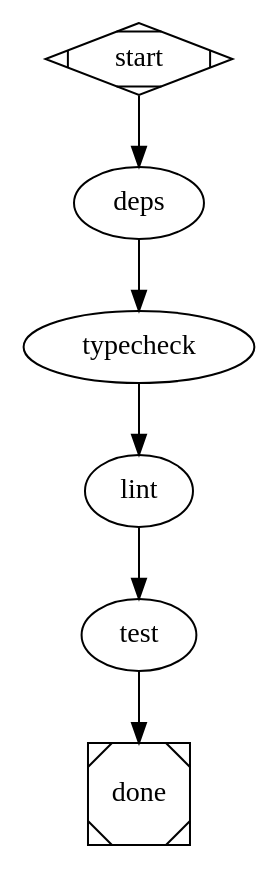
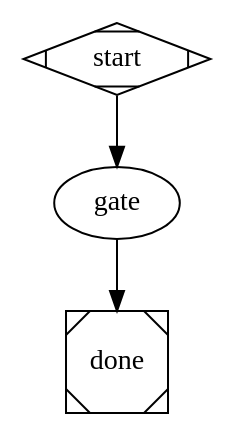
Before and after one commit to allouis/attractor: the diagram in pipelines/checks/pipeline.dot, drawn with Graphviz. The commit also changed 2 other files, not shown here.

Commit message:
refactor(pipelines): all model selection via stylesheet; checks wraps checks-core
- review-core: drop the inline codex/gpt pin on the correctness lens; it now
  carries a `correctness` class and the model comes from the stylesheet
  (.correctness in models.css), so ALL model/provider selection is external.
- checks: becomes a thin wrapper over the checks-core subgraph, so the four
  check commands live in exactly one place.
- models.css: target .correctness by class (portable across pipelines)
  rather than an inlined #id.

```diff
--- a/pipelines/checks/pipeline.dot
+++ b/pipelines/checks/pipeline.dot
@@ -1,36 +1,35 @@
 // checks — run the repo's deterministic checks and exit. No LLM nodes, no
 // gates: the implement pipeline's static-check chain (deps → typecheck →
 // lint → test) lifted out on its own, for proving a repo's configured
 // checks pass in a given execution environment (e.g. a VM runner) without
 // involving an agent.
 //
 // Commands come from the repo's checks config, seeded into the run context
 // as -var check.<name>=… on the CLI (a no-op echo when unconfigured).
 // A failing check has no fail edge and no agent to route back to, so the
 // run fails with that check's output — which is the diagnostic signal this
 // pipeline exists to produce.
 //
 //   POST /workflows/checks/run {"repo":"TryGhost/Ghost"}
 digraph checks {
     // D1: transient backend failures (429/5xx, stalls, network) retry
     // with backoff instead of killing the run.
     default_max_retries = 2
     goal = "Run the deterministic checks for $context.repo"
     vars = "repo"
     max_node_visits = 1
 
     start [shape=Mdiamond]
 
-    deps      [type="tool", timeout="20m", tool_command="$context.check.deps"]
-    typecheck [type="tool", timeout="20m", tool_command="$context.check.typecheck"]
-    lint      [type="tool", timeout="20m", tool_command="$context.check.lint"]
-    test      [type="tool", timeout="40m", tool_command="$context.check.test"]
+    // The shared checks-core chain (deps → typecheck → lint → test). It
+    // early-exits and reports outcome=fail on the first failing check; the
+    // unconditional `gate -> done` then has no eligible edge for a failure,
+    // so the run fails with that check's output — the signal this pipeline
+    // exists to produce.
+    gate [type="subgraph", graph_ref="../checks-core/pipeline.dot"]
 
     done [shape=Msquare]
 
-    start -> deps
-    deps -> typecheck
-    typecheck -> lint
-    lint -> test
-    test -> done
+    start -> gate
+    gate -> done
 }
```
